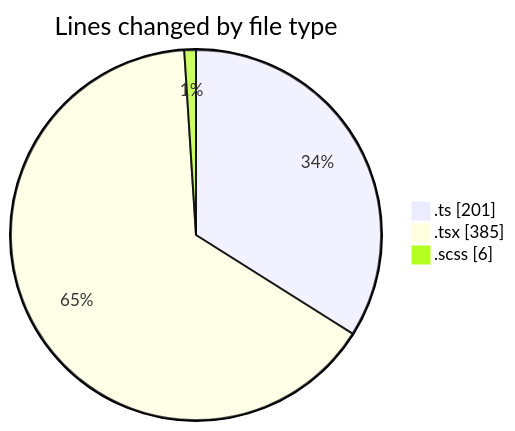
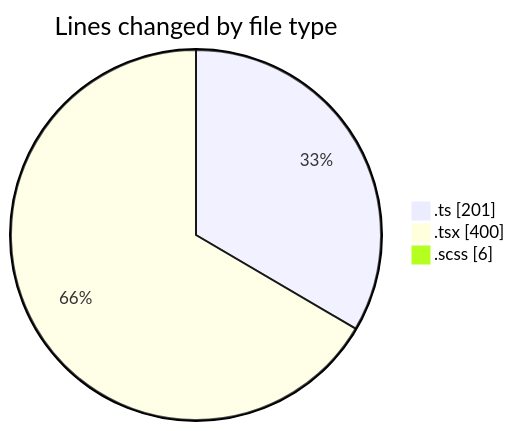
One commit to momahboobian/code-tracking changed the first of 2 diagrams in 2026-03-17/cda/README.md. Above: the diagram before and after it, drawn with Mermaid. The commit also changed other lines of this file and 1 other file, not shown here.

````diff
--- a/2026-03-17/cda/README.md
+++ b/2026-03-17/cda/README.md
@@ -23,7 +23,7 @@
 ```mermaid
 pie showData
 title Lines changed by file type
 ".ts" : 201
-".tsx" : 385
+".tsx" : 400
 ".scss" : 6
 ```
````
